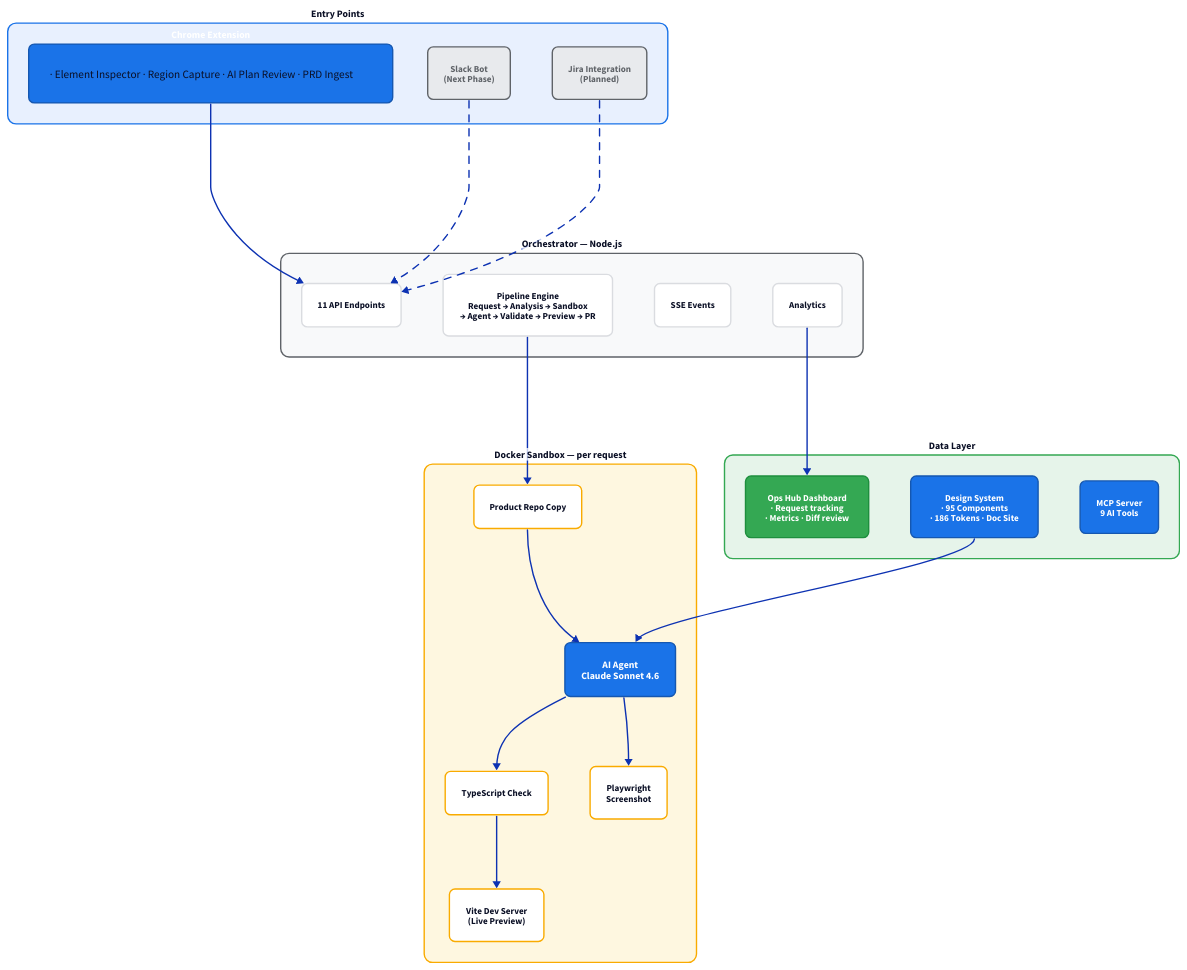
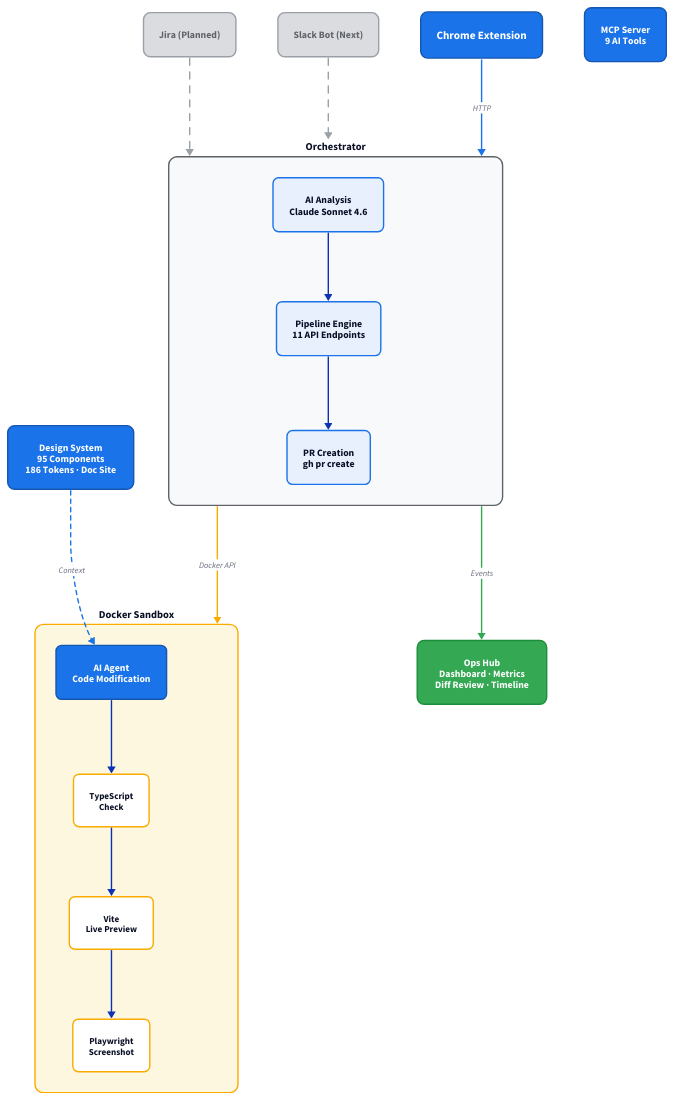
One commit to kyungjaeha-moloco/moloco-inspect changed the diagram in docs/images/02-architecture.d2. Above: the diagram before and after it, drawn with D2. The commit also changed 1 other file, not shown here.

Commit message:
docs: redesign architecture diagram — cleaner 3-tier layout
- Flat hierarchy instead of deep nesting
- Clear top-to-bottom flow: Entry → Orchestrator → Sandbox
- Data Layer (Ops Hub, DS, MCP) positioned alongside
- Labeled connections (HTTP, Docker API, Context, Events)
- Dashed lines for planned integrations (Slack, Jira)

```diff
--- a/docs/images/02-architecture.d2
+++ b/docs/images/02-architecture.d2
@@ -1,126 +1,132 @@
 direction: down
 
-entry: "Entry Points" {
+# ─── Entry Points ───
+chrome: "Chrome Extension" {
   style: {
-    fill: "#e8f0fe"
-    stroke: "#1a73e8"
-    border-radius: 12
-    font-size: 14
+    fill: "#1a73e8"
+    stroke: "#1557b0"
+    font-color: "#ffffff"
+    border-radius: 10
+    font-size: 16
     bold: true
   }
-
-  ext: "Chrome Extension" {
-    style: {
-      fill: "#1a73e8"
-      stroke: "#1557b0"
-      font-color: "#ffffff"
-      border-radius: 8
-      font-size: 14
-      bold: true
-    }
-    items: |md
-      · Element Inspector
-      · Region Capture
-      · AI Plan Review
-      · PRD Ingest
-    |
+}
+slack: "Slack Bot (Next)" {
+  style: {
+    fill: "#dadce0"
+    stroke: "#9aa0a6"
+    font-color: "#5f6368"
+    border-radius: 10
+    font-size: 14
   }
-
-  slack: "Slack Bot\n(Next Phase)" {
-    style: {
-      fill: "#e8eaed"
-      stroke: "#5f6368"
-      font-color: "#5f6368"
-      border-radius: 8
-      font-size: 13
-    }
-  }
-
-  jira: "Jira Integration\n(Planned)" {
-    style: {
-      fill: "#e8eaed"
-      stroke: "#5f6368"
-      font-color: "#5f6368"
-      border-radius: 8
-      font-size: 13
-    }
+}
+jira: "Jira (Planned)" {
+  style: {
+    fill: "#dadce0"
+    stroke: "#9aa0a6"
+    font-color: "#5f6368"
+    border-radius: 10
+    font-size: 14
   }
 }
 
-orch: "Orchestrator — Node.js" {
+# ─── Orchestrator ───
+orchestrator: "Orchestrator" {
   style: {
     fill: "#f8f9fa"
     stroke: "#5f6368"
     border-radius: 12
-    font-size: 14
+    font-size: 15
     bold: true
   }
 
-  api: "11 API Endpoints" {
-    style: { fill: "#ffffff"; stroke: "#dadce0"; border-radius: 8; font-size: 13 }
+  analysis: "AI Analysis\nClaude Sonnet 4.6" {
+    style: { fill: "#e8f0fe"; stroke: "#1a73e8"; border-radius: 8; font-size: 14 }
   }
-  pipe: "Pipeline Engine\nRequest → Analysis → Sandbox\n→ Agent → Validate → Preview → PR" {
-    style: { fill: "#ffffff"; stroke: "#dadce0"; border-radius: 8; font-size: 13 }
+  pipeline: "Pipeline Engine\n11 API Endpoints" {
+    style: { fill: "#e8f0fe"; stroke: "#1a73e8"; border-radius: 8; font-size: 14 }
   }
-  sse: "SSE Events" {
-    style: { fill: "#ffffff"; stroke: "#dadce0"; border-radius: 8; font-size: 13 }
+  pr: "PR Creation\ngh pr create" {
+    style: { fill: "#e8f0fe"; stroke: "#1a73e8"; border-radius: 8; font-size: 14 }
   }
-  analytics: "Analytics" {
-    style: { fill: "#ffffff"; stroke: "#dadce0"; border-radius: 8; font-size: 13 }
-  }
+
+  analysis -> pipeline -> pr
 }
 
-sandbox: "Docker Sandbox — per request" {
+# ─── Sandbox ───
+sandbox: "Docker Sandbox" {
   style: {
     fill: "#fef7e0"
     stroke: "#f9ab00"
     border-radius: 12
+    font-size: 15
+    bold: true
+  }
+
+  agent: "AI Agent\nCode Modification" {
+    style: { fill: "#1a73e8"; stroke: "#1557b0"; font-color: "#ffffff"; border-radius: 8; font-size: 14; bold: true }
+  }
+  typecheck: "TypeScript\nCheck" {
+    style: { fill: "#ffffff"; stroke: "#f9ab00"; border-radius: 8; font-size: 13 }
+  }
+  preview: "Vite\nLive Preview" {
+    style: { fill: "#ffffff"; stroke: "#f9ab00"; border-radius: 8; font-size: 13 }
+  }
+  screenshot: "Playwright\nScreenshot" {
+    style: { fill: "#ffffff"; stroke: "#f9ab00"; border-radius: 8; font-size: 13 }
+  }
+
+  agent -> typecheck -> preview -> screenshot
+}
+
+# ─── Data Layer ───
+ops: "Ops Hub\nDashboard · Metrics\nDiff Review · Timeline" {
+  style: {
+    fill: "#34a853"
+    stroke: "#1e8e3e"
+    font-color: "#ffffff"
+    border-radius: 10
     font-size: 14
     bold: true
   }
-
-  repo: "Product Repo Copy" {
-    style: { fill: "#ffffff"; stroke: "#f9ab00"; border-radius: 8; font-size: 13 }
+}
+ds: "Design System\n95 Components\n186 Tokens · Doc Site" {
+  style: {
+    fill: "#1a73e8"
+    stroke: "#1557b0"
+    font-color: "#ffffff"
+    border-radius: 10
+    font-size: 14
+    bold: true
   }
-  agent: "AI Agent\nClaude Sonnet 4.6" {
-    style: { fill: "#1a73e8"; stroke: "#1557b0"; font-color: "#ffffff"; border-radius: 8; font-size: 14; bold: true }
-  }
-  tsc: "TypeScript Check" {
-    style: { fill: "#ffffff"; stroke: "#f9ab00"; border-radius: 8; font-size: 13 }
-  }
-  vite: "Vite Dev Server\n(Live Preview)" {
-    style: { fill: "#ffffff"; stroke: "#f9ab00"; border-radius: 8; font-size: 13 }
-  }
-  pw: "Playwright\nScreenshot" {
-    style: { fill: "#ffffff"; stroke: "#f9ab00"; border-radius: 8; font-size: 13 }
+}
+mcp: "MCP Server\n9 AI Tools" {
+  style: {
+    fill: "#1a73e8"
+    stroke: "#1557b0"
+    font-color: "#ffffff"
+    border-radius: 10
+    font-size: 14
+    bold: true
   }
 }
 
-data: "Data Layer" {
-  style: {
-    fill: "#e6f4ea"
-    stroke: "#34a853"
-    border-radius: 12
-    font-size: 14
-    bold: true
-  }
-
-  ops: "Ops Hub Dashboard\n· Request tracking\n· Metrics · Diff review" {
-    style: { fill: "#34a853"; stroke: "#1e8e3e"; font-color: "#ffffff"; border-radius: 8; font-size: 13; bold: true }
-  }
-  ds: "Design System\n· 95 Components\n· 186 Tokens · Doc Site" {
-    style: { fill: "#1a73e8"; stroke: "#1557b0"; font-color: "#ffffff"; border-radius: 8; font-size: 13; bold: true }
-  }
-  mcp: "MCP Server\n9 AI Tools" {
-    style: { fill: "#1a73e8"; stroke: "#1557b0"; font-color: "#ffffff"; border-radius: 8; font-size: 13; bold: true }
-  }
+# ─── Connections ───
+chrome -> orchestrator: "HTTP" {
+  style: { stroke: "#1a73e8"; font-size: 12 }
 }
-
-entry.ext -> orch.api
-entry.slack -> orch.api: { style.stroke-dash: 5 }
-entry.jira -> orch.api: { style.stroke-dash: 5 }
-orch.pipe -> sandbox.repo
-sandbox.repo -> sandbox.agent -> sandbox.tsc -> sandbox.vite
-sandbox.agent -> sandbox.pw
-data.ds -> sandbox.agent
-orch.analytics -> data.ops
+slack -> orchestrator: {
+  style: { stroke-dash: 5; stroke: "#9aa0a6" }
+}
+jira -> orchestrator: {
+  style: { stroke-dash: 5; stroke: "#9aa0a6" }
+}
+orchestrator -> sandbox: "Docker API" {
+  style: { stroke: "#f9ab00"; font-size: 12 }
+}
+ds -> sandbox.agent: "Context" {
+  style: { stroke: "#1a73e8"; font-size: 12; stroke-dash: 3 }
+}
+orchestrator -> ops: "Events" {
+  style: { stroke: "#34a853"; font-size: 12 }
+}
```
